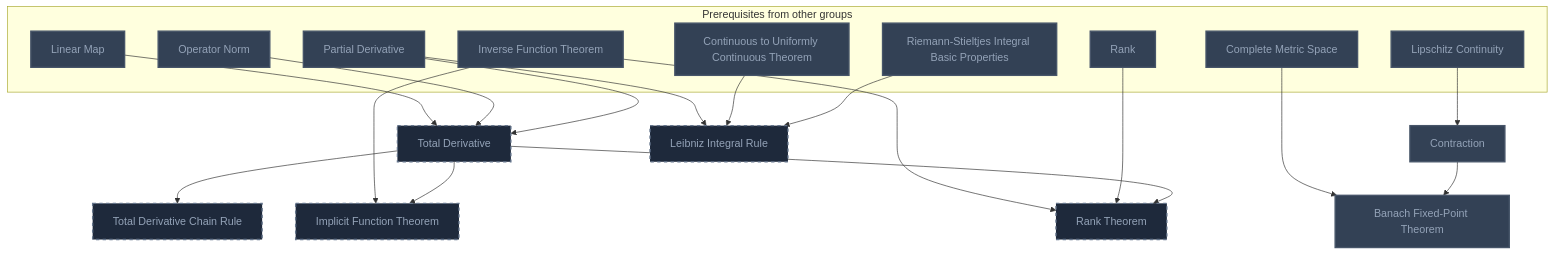
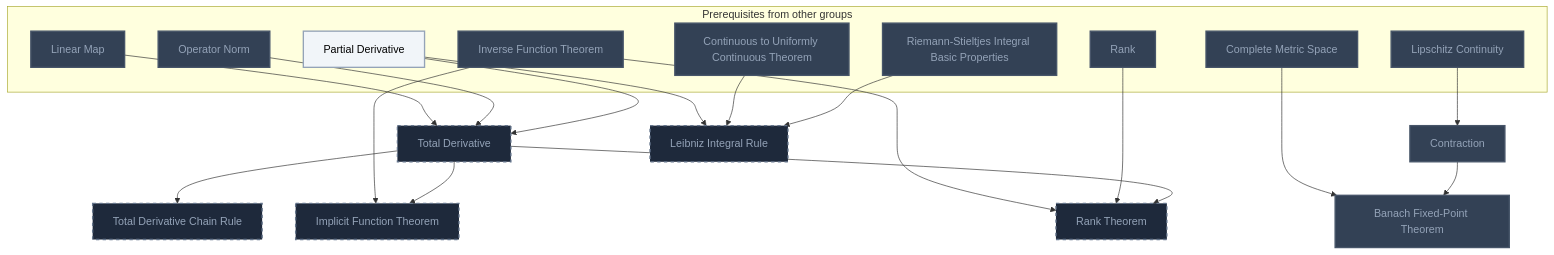
One commit to MRauf1/My-Notes changed diagram 15 of 22 in Gamification/Skill Trees/Real Analysis.md. Above: the diagram before and after it, drawn with Mermaid. The commit also changed other lines of this file and 156 other files, not shown here.

````diff
--- a/Gamification/Skill Trees/Real Analysis.md
+++ b/Gamification/Skill Trees/Real Analysis.md
@@ -1197,48 +1225,49 @@
 ```mermaid
 flowchart TD
     classDef planned fill:#1E293B,stroke:#64748B,stroke-width:2px,stroke-dasharray:5 5,color:#94A3B8;
     classDef locked fill:#334155,stroke:#475569,stroke-width:2px,color:#94A3B8;
     classDef L0 fill:#F1F5F9,stroke:#94A3B8,stroke-width:2px,color:#000000;
     classDef L1 fill:#22C55E,stroke:#15803D,stroke-width:2px,color:#000000;
     classDef L2 fill:#3B82F6,stroke:#1D4ED8,stroke-width:3px,color:#FFFFFF;
     classDef L3 fill:#A855F7,stroke:#6B21A8,stroke-width:3px,color:#FFFFFF,font-weight:bold;
     classDef L4 fill:#F97316,stroke:#C2410C,stroke-width:4px,color:#000000,font-weight:bold;
     classDef L5 fill:#FFD700,stroke:#FF8C00,stroke-width:5px,color:#000000,font-weight:bold;
     classDef rusty stroke:#8B4513,stroke-width:4px,stroke-dasharray:3 3;
     subgraph sg_prereqs["Prerequisites from other groups"]
         n_linear_map["Linear Map"]
         n_operator_norm["Operator Norm"]
         n_partial_derivative["Partial Derivative"]
         n_lipschitz_continuity["Lipschitz Continuity"]
         n_complete_metric_space["Complete Metric Space"]
         n_inverse_function_theorem["Inverse Function Theorem"]
         n_rank["Rank"]
         n_continuous_to_uniformly_continuous_theorem["Continuous to Uniformly Continuous Theorem"]
         n_riemann_stieltjes_integral_basic_properties["Riemann-Stieltjes Integral Basic Properties"]
     end
     n_total_derivative["Total Derivative"]
     n_total_derivative_chain_rule["Total Derivative Chain Rule"]
     n_contraction["Contraction"]
     n_banach_fixed_point_theorem["Banach Fixed-Point Theorem"]
     n_implicit_function_theorem["Implicit Function Theorem"]
     n_rank_theorem["Rank Theorem"]
     n_leibniz_integral_rule["Leibniz Integral Rule"]
     n_linear_map --> n_total_derivative
     n_operator_norm --> n_total_derivative
     n_partial_derivative --> n_total_derivative
     n_total_derivative --> n_total_derivative_chain_rule
     n_lipschitz_continuity --> n_contraction
     n_complete_metric_space --> n_banach_fixed_point_theorem
     n_contraction --> n_banach_fixed_point_theorem
     n_inverse_function_theorem --> n_implicit_function_theorem
     n_total_derivative --> n_implicit_function_theorem
     n_inverse_function_theorem --> n_rank_theorem
     n_rank --> n_rank_theorem
     n_total_derivative --> n_rank_theorem
     n_partial_derivative --> n_leibniz_integral_rule
     n_continuous_to_uniformly_continuous_theorem --> n_leibniz_integral_rule
     n_riemann_stieltjes_integral_basic_properties --> n_leibniz_integral_rule
     class n_total_derivative,n_total_derivative_chain_rule,n_implicit_function_theorem,n_rank_theorem,n_leibniz_integral_rule planned;
-    class n_linear_map,n_operator_norm,n_partial_derivative,n_lipschitz_continuity,n_complete_metric_space,n_inverse_function_theorem,n_rank,n_continuous_to_uniformly_continuous_theorem,n_riemann_stieltjes_integral_basic_properties,n_contraction,n_banach_fixed_point_theorem locked;
+    class n_linear_map,n_operator_norm,n_lipschitz_continuity,n_complete_metric_space,n_inverse_function_theorem,n_rank,n_continuous_to_uniformly_continuous_theorem,n_riemann_stieltjes_integral_basic_properties,n_contraction,n_banach_fixed_point_theorem locked;
+    class n_partial_derivative L0;
     class n_linear_map,n_operator_norm,n_partial_derivative,n_lipschitz_continuity,n_complete_metric_space,n_inverse_function_theorem,n_rank,n_continuous_to_uniformly_continuous_theorem,n_riemann_stieltjes_integral_basic_properties,n_contraction,n_banach_fixed_point_theorem internal-link;
 ```
````
